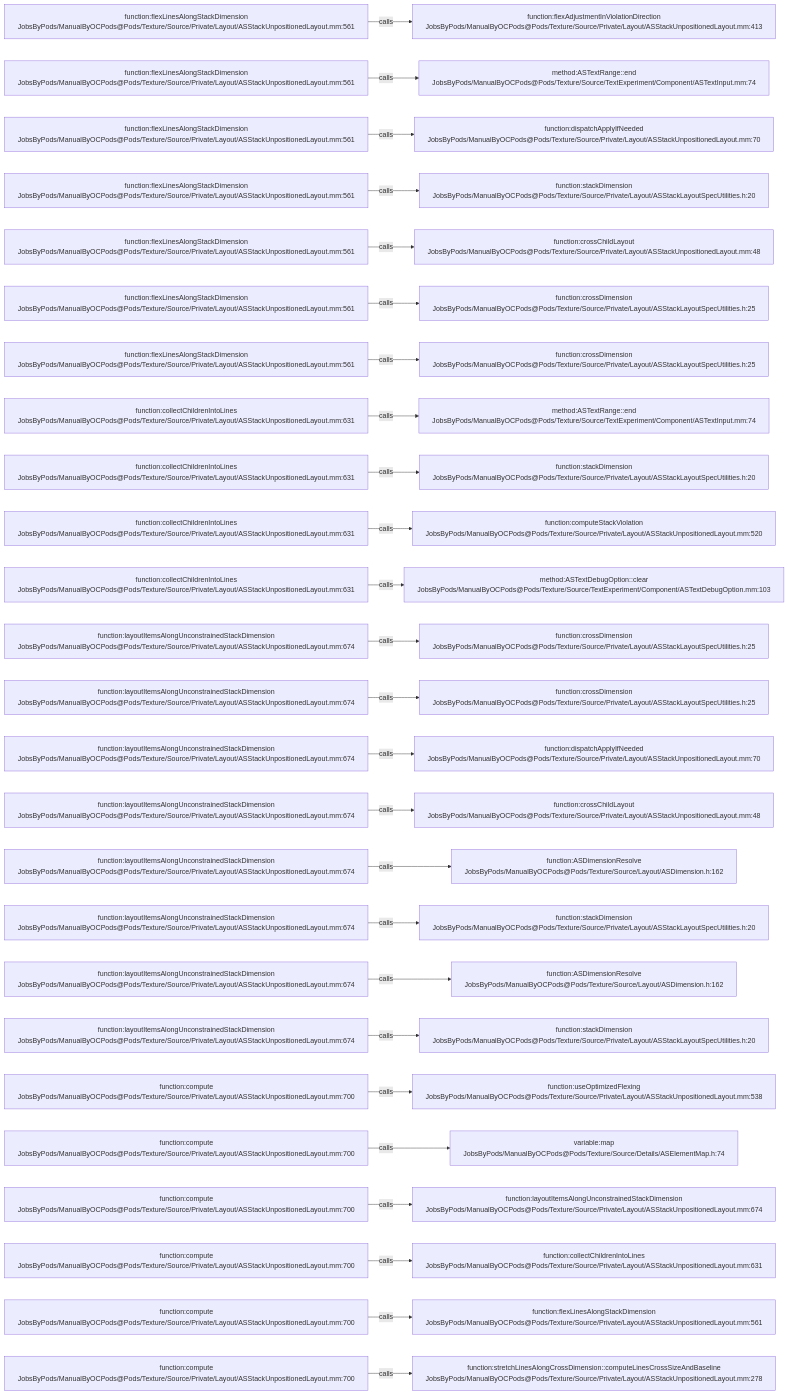
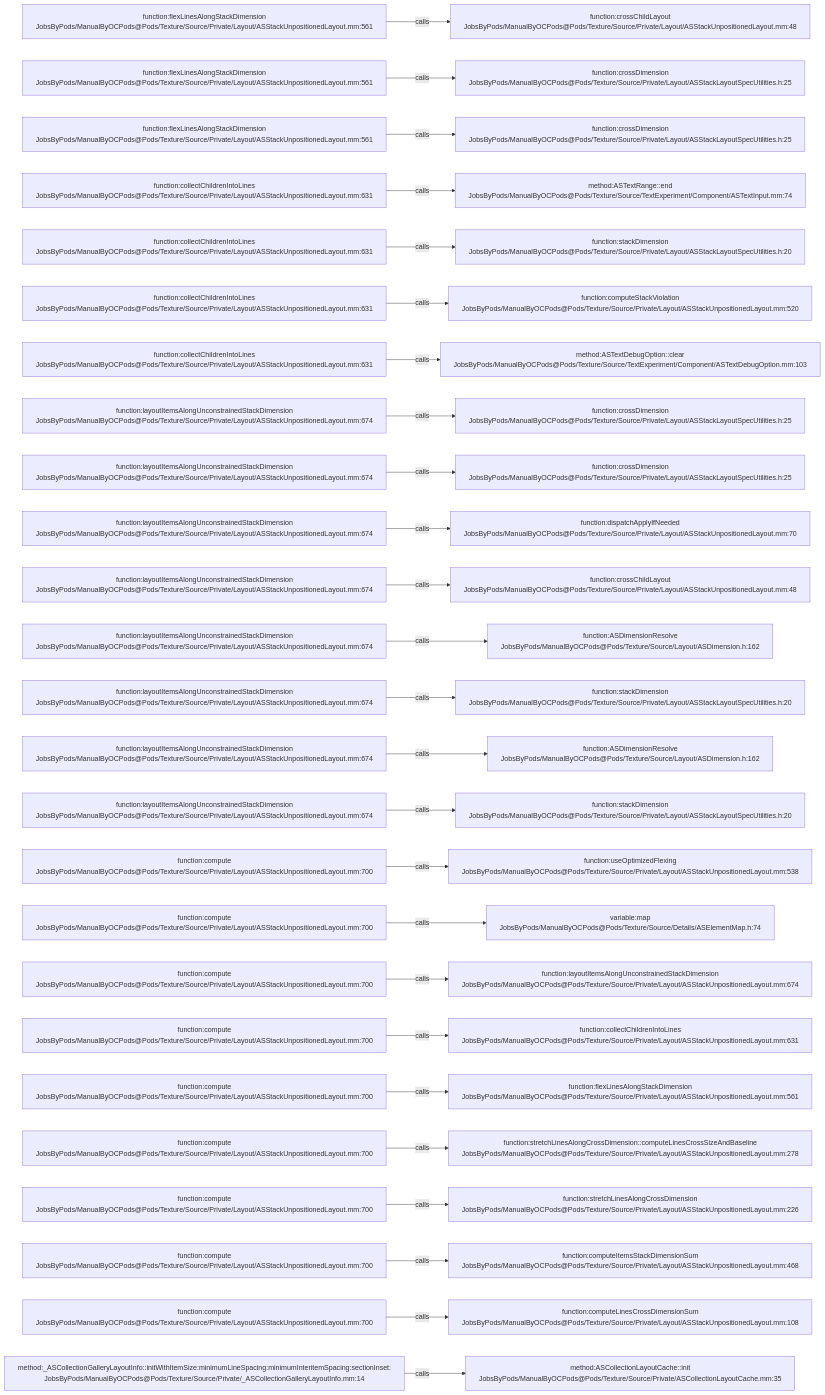
One commit to JobsKits/JobsOCBaseConfigDemo changed the diagram in .codegraph/codegraph.md/graphs/calls-194.md. Above: the diagram before and after it, drawn with Mermaid. The commit also changed 727 other files, not shown here.

````diff
--- a/.codegraph/codegraph.md/graphs/calls-194.md
+++ b/.codegraph/codegraph.md/graphs/calls-194.md
@@ -13,78 +13,78 @@
 ```mermaid
 flowchart LR
   S1["function:flexLinesAlongStackDimension<br/>JobsByPods/ManualByOCPods@Pods/Texture/Source/Private/Layout/ASStackUnpositionedLayout.mm:561"]
-  T1["function:flexAdjustmentInViolationDirection<br/>JobsByPods/ManualByOCPods@Pods/Texture/Source/Private/Layout/ASStackUnpositionedLayout.mm:413"]
+  T1["function:crossChildLayout<br/>JobsByPods/ManualByOCPods@Pods/Texture/Source/Private/Layout/ASStackUnpositionedLayout.mm:48"]
   S1 -->|calls| T1
   S2["function:flexLinesAlongStackDimension<br/>JobsByPods/ManualByOCPods@Pods/Texture/Source/Private/Layout/ASStackUnpositionedLayout.mm:561"]
-  T2["method:ASTextRange::end<br/>JobsByPods/ManualByOCPods@Pods/Texture/Source/TextExperiment/Component/ASTextInput.mm:74"]
+  T2["function:crossDimension<br/>JobsByPods/ManualByOCPods@Pods/Texture/Source/Private/Layout/ASStackLayoutSpecUtilities.h:25"]
   S2 -->|calls| T2
   S3["function:flexLinesAlongStackDimension<br/>JobsByPods/ManualByOCPods@Pods/Texture/Source/Private/Layout/ASStackUnpositionedLayout.mm:561"]
-  T3["function:dispatchApplyIfNeeded<br/>JobsByPods/ManualByOCPods@Pods/Texture/Source/Private/Layout/ASStackUnpositionedLayout.mm:70"]
+  T3["function:crossDimension<br/>JobsByPods/ManualByOCPods@Pods/Texture/Source/Private/Layout/ASStackLayoutSpecUtilities.h:25"]
   S3 -->|calls| T3
-  S4["function:flexLinesAlongStackDimension<br/>JobsByPods/ManualByOCPods@Pods/Texture/Source/Private/Layout/ASStackUnpositionedLayout.mm:561"]
-  T4["function:stackDimension<br/>JobsByPods/ManualByOCPods@Pods/Texture/Source/Private/Layout/ASStackLayoutSpecUtilities.h:20"]
+  S4["function:collectChildrenIntoLines<br/>JobsByPods/ManualByOCPods@Pods/Texture/Source/Private/Layout/ASStackUnpositionedLayout.mm:631"]
+  T4["method:ASTextRange::end<br/>JobsByPods/ManualByOCPods@Pods/Texture/Source/TextExperiment/Component/ASTextInput.mm:74"]
   S4 -->|calls| T4
-  S5["function:flexLinesAlongStackDimension<br/>JobsByPods/ManualByOCPods@Pods/Texture/Source/Private/Layout/ASStackUnpositionedLayout.mm:561"]
-  T5["function:crossChildLayout<br/>JobsByPods/ManualByOCPods@Pods/Texture/Source/Private/Layout/ASStackUnpositionedLayout.mm:48"]
+  S5["function:collectChildrenIntoLines<br/>JobsByPods/ManualByOCPods@Pods/Texture/Source/Private/Layout/ASStackUnpositionedLayout.mm:631"]
+  T5["function:stackDimension<br/>JobsByPods/ManualByOCPods@Pods/Texture/Source/Private/Layout/ASStackLayoutSpecUtilities.h:20"]
   S5 -->|calls| T5
-  S6["function:flexLinesAlongStackDimension<br/>JobsByPods/ManualByOCPods@Pods/Texture/Source/Private/Layout/ASStackUnpositionedLayout.mm:561"]
-  T6["function:crossDimension<br/>JobsByPods/ManualByOCPods@Pods/Texture/Source/Private/Layout/ASStackLayoutSpecUtilities.h:25"]
+  S6["function:collectChildrenIntoLines<br/>JobsByPods/ManualByOCPods@Pods/Texture/Source/Private/Layout/ASStackUnpositionedLayout.mm:631"]
+  T6["function:computeStackViolation<br/>JobsByPods/ManualByOCPods@Pods/Texture/Source/Private/Layout/ASStackUnpositionedLayout.mm:520"]
   S6 -->|calls| T6
-  S7["function:flexLinesAlongStackDimension<br/>JobsByPods/ManualByOCPods@Pods/Texture/Source/Private/Layout/ASStackUnpositionedLayout.mm:561"]
-  T7["function:crossDimension<br/>JobsByPods/ManualByOCPods@Pods/Texture/Source/Private/Layout/ASStackLayoutSpecUtilities.h:25"]
+  S7["function:collectChildrenIntoLines<br/>JobsByPods/ManualByOCPods@Pods/Texture/Source/Private/Layout/ASStackUnpositionedLayout.mm:631"]
+  T7["method:ASTextDebugOption::clear<br/>JobsByPods/ManualByOCPods@Pods/Texture/Source/TextExperiment/Component/ASTextDebugOption.mm:103"]
   S7 -->|calls| T7
-  S8["function:collectChildrenIntoLines<br/>JobsByPods/ManualByOCPods@Pods/Texture/Source/Private/Layout/ASStackUnpositionedLayout.mm:631"]
-  T8["method:ASTextRange::end<br/>JobsByPods/ManualByOCPods@Pods/Texture/Source/TextExperiment/Component/ASTextInput.mm:74"]
+  S8["function:layoutItemsAlongUnconstrainedStackDimension<br/>JobsByPods/ManualByOCPods@Pods/Texture/Source/Private/Layout/ASStackUnpositionedLayout.mm:674"]
+  T8["function:crossDimension<br/>JobsByPods/ManualByOCPods@Pods/Texture/Source/Private/Layout/ASStackLayoutSpecUtilities.h:25"]
   S8 -->|calls| T8
-  S9["function:collectChildrenIntoLines<br/>JobsByPods/ManualByOCPods@Pods/Texture/Source/Private/Layout/ASStackUnpositionedLayout.mm:631"]
-  T9["function:stackDimension<br/>JobsByPods/ManualByOCPods@Pods/Texture/Source/Private/Layout/ASStackLayoutSpecUtilities.h:20"]
+  S9["function:layoutItemsAlongUnconstrainedStackDimension<br/>JobsByPods/ManualByOCPods@Pods/Texture/Source/Private/Layout/ASStackUnpositionedLayout.mm:674"]
+  T9["function:crossDimension<br/>JobsByPods/ManualByOCPods@Pods/Texture/Source/Private/Layout/ASStackLayoutSpecUtilities.h:25"]
   S9 -->|calls| T9
-  S10["function:collectChildrenIntoLines<br/>JobsByPods/ManualByOCPods@Pods/Texture/Source/Private/Layout/ASStackUnpositionedLayout.mm:631"]
-  T10["function:computeStackViolation<br/>JobsByPods/ManualByOCPods@Pods/Texture/Source/Private/Layout/ASStackUnpositionedLayout.mm:520"]
+  S10["function:layoutItemsAlongUnconstrainedStackDimension<br/>JobsByPods/ManualByOCPods@Pods/Texture/Source/Private/Layout/ASStackUnpositionedLayout.mm:674"]
+  T10["function:dispatchApplyIfNeeded<br/>JobsByPods/ManualByOCPods@Pods/Texture/Source/Private/Layout/ASStackUnpositionedLayout.mm:70"]
   S10 -->|calls| T10
-  S11["function:collectChildrenIntoLines<br/>JobsByPods/ManualByOCPods@Pods/Texture/Source/Private/Layout/ASStackUnpositionedLayout.mm:631"]
-  T11["method:ASTextDebugOption::clear<br/>JobsByPods/ManualByOCPods@Pods/Texture/Source/TextExperiment/Component/ASTextDebugOption.mm:103"]
+  S11["function:layoutItemsAlongUnconstrainedStackDimension<br/>JobsByPods/ManualByOCPods@Pods/Texture/Source/Private/Layout/ASStackUnpositionedLayout.mm:674"]
+  T11["function:crossChildLayout<br/>JobsByPods/ManualByOCPods@Pods/Texture/Source/Private/Layout/ASStackUnpositionedLayout.mm:48"]
   S11 -->|calls| T11
   S12["function:layoutItemsAlongUnconstrainedStackDimension<br/>JobsByPods/ManualByOCPods@Pods/Texture/Source/Private/Layout/ASStackUnpositionedLayout.mm:674"]
-  T12["function:crossDimension<br/>JobsByPods/ManualByOCPods@Pods/Texture/Source/Private/Layout/ASStackLayoutSpecUtilities.h:25"]
+  T12["function:ASDimensionResolve<br/>JobsByPods/ManualByOCPods@Pods/Texture/Source/Layout/ASDimension.h:162"]
   S12 -->|calls| T12
   S13["function:layoutItemsAlongUnconstrainedStackDimension<br/>JobsByPods/ManualByOCPods@Pods/Texture/Source/Private/Layout/ASStackUnpositionedLayout.mm:674"]
-  T13["function:crossDimension<br/>JobsByPods/ManualByOCPods@Pods/Texture/Source/Private/Layout/ASStackLayoutSpecUtilities.h:25"]
+  T13["function:stackDimension<br/>JobsByPods/ManualByOCPods@Pods/Texture/Source/Private/Layout/ASStackLayoutSpecUtilities.h:20"]
   S13 -->|calls| T13
   S14["function:layoutItemsAlongUnconstrainedStackDimension<br/>JobsByPods/ManualByOCPods@Pods/Texture/Source/Private/Layout/ASStackUnpositionedLayout.mm:674"]
-  T14["function:dispatchApplyIfNeeded<br/>JobsByPods/ManualByOCPods@Pods/Texture/Source/Private/Layout/ASStackUnpositionedLayout.mm:70"]
+  T14["function:ASDimensionResolve<br/>JobsByPods/ManualByOCPods@Pods/Texture/Source/Layout/ASDimension.h:162"]
   S14 -->|calls| T14
   S15["function:layoutItemsAlongUnconstrainedStackDimension<br/>JobsByPods/ManualByOCPods@Pods/Texture/Source/Private/Layout/ASStackUnpositionedLayout.mm:674"]
-  T15["function:crossChildLayout<br/>JobsByPods/ManualByOCPods@Pods/Texture/Source/Private/Layout/ASStackUnpositionedLayout.mm:48"]
+  T15["function:stackDimension<br/>JobsByPods/ManualByOCPods@Pods/Texture/Source/Private/Layout/ASStackLayoutSpecUtilities.h:20"]
   S15 -->|calls| T15
-  S16["function:layoutItemsAlongUnconstrainedStackDimension<br/>JobsByPods/ManualByOCPods@Pods/Texture/Source/Private/Layout/ASStackUnpositionedLayout.mm:674"]
-  T16["function:ASDimensionResolve<br/>JobsByPods/ManualByOCPods@Pods/Texture/Source/Layout/ASDimension.h:162"]
+  S16["function:compute<br/>JobsByPods/ManualByOCPods@Pods/Texture/Source/Private/Layout/ASStackUnpositionedLayout.mm:700"]
+  T16["function:useOptimizedFlexing<br/>JobsByPods/ManualByOCPods@Pods/Texture/Source/Private/Layout/ASStackUnpositionedLayout.mm:538"]
   S16 -->|calls| T16
-  S17["function:layoutItemsAlongUnconstrainedStackDimension<br/>JobsByPods/ManualByOCPods@Pods/Texture/Source/Private/Layout/ASStackUnpositionedLayout.mm:674"]
-  T17["function:stackDimension<br/>JobsByPods/ManualByOCPods@Pods/Texture/Source/Private/Layout/ASStackLayoutSpecUtilities.h:20"]
+  S17["function:compute<br/>JobsByPods/ManualByOCPods@Pods/Texture/Source/Private/Layout/ASStackUnpositionedLayout.mm:700"]
+  T17["variable:map<br/>JobsByPods/ManualByOCPods@Pods/Texture/Source/Details/ASElementMap.h:74"]
   S17 -->|calls| T17
-  S18["function:layoutItemsAlongUnconstrainedStackDimension<br/>JobsByPods/ManualByOCPods@Pods/Texture/Source/Private/Layout/ASStackUnpositionedLayout.mm:674"]
-  T18["function:ASDimensionResolve<br/>JobsByPods/ManualByOCPods@Pods/Texture/Source/Layout/ASDimension.h:162"]
+  S18["function:compute<br/>JobsByPods/ManualByOCPods@Pods/Texture/Source/Private/Layout/ASStackUnpositionedLayout.mm:700"]
+  T18["function:layoutItemsAlongUnconstrainedStackDimension<br/>JobsByPods/ManualByOCPods@Pods/Texture/Source/Private/Layout/ASStackUnpositionedLayout.mm:674"]
   S18 -->|calls| T18
-  S19["function:layoutItemsAlongUnconstrainedStackDimension<br/>JobsByPods/ManualByOCPods@Pods/Texture/Source/Private/Layout/ASStackUnpositionedLayout.mm:674"]
-  T19["function:stackDimension<br/>JobsByPods/ManualByOCPods@Pods/Texture/Source/Private/Layout/ASStackLayoutSpecUtilities.h:20"]
+  S19["function:compute<br/>JobsByPods/ManualByOCPods@Pods/Texture/Source/Private/Layout/ASStackUnpositionedLayout.mm:700"]
+  T19["function:collectChildrenIntoLines<br/>JobsByPods/ManualByOCPods@Pods/Texture/Source/Private/Layout/ASStackUnpositionedLayout.mm:631"]
   S19 -->|calls| T19
   S20["function:compute<br/>JobsByPods/ManualByOCPods@Pods/Texture/Source/Private/Layout/ASStackUnpositionedLayout.mm:700"]
-  T20["function:useOptimizedFlexing<br/>JobsByPods/ManualByOCPods@Pods/Texture/Source/Private/Layout/ASStackUnpositionedLayout.mm:538"]
+  T20["function:flexLinesAlongStackDimension<br/>JobsByPods/ManualByOCPods@Pods/Texture/Source/Private/Layout/ASStackUnpositionedLayout.mm:561"]
   S20 -->|calls| T20
   S21["function:compute<br/>JobsByPods/ManualByOCPods@Pods/Texture/Source/Private/Layout/ASStackUnpositionedLayout.mm:700"]
-  T21["variable:map<br/>JobsByPods/ManualByOCPods@Pods/Texture/Source/Details/ASElementMap.h:74"]
+  T21["function:stretchLinesAlongCrossDimension::computeLinesCrossSizeAndBaseline<br/>JobsByPods/ManualByOCPods@Pods/Texture/Source/Private/Layout/ASStackUnpositionedLayout.mm:278"]
   S21 -->|calls| T21
   S22["function:compute<br/>JobsByPods/ManualByOCPods@Pods/Texture/Source/Private/Layout/ASStackUnpositionedLayout.mm:700"]
-  T22["function:layoutItemsAlongUnconstrainedStackDimension<br/>JobsByPods/ManualByOCPods@Pods/Texture/Source/Private/Layout/ASStackUnpositionedLayout.mm:674"]
+  T22["function:stretchLinesAlongCrossDimension<br/>JobsByPods/ManualByOCPods@Pods/Texture/Source/Private/Layout/ASStackUnpositionedLayout.mm:226"]
   S22 -->|calls| T22
   S23["function:compute<br/>JobsByPods/ManualByOCPods@Pods/Texture/Source/Private/Layout/ASStackUnpositionedLayout.mm:700"]
-  T23["function:collectChildrenIntoLines<br/>JobsByPods/ManualByOCPods@Pods/Texture/Source/Private/Layout/ASStackUnpositionedLayout.mm:631"]
+  T23["function:computeItemsStackDimensionSum<br/>JobsByPods/ManualByOCPods@Pods/Texture/Source/Private/Layout/ASStackUnpositionedLayout.mm:468"]
   S23 -->|calls| T23
   S24["function:compute<br/>JobsByPods/ManualByOCPods@Pods/Texture/Source/Private/Layout/ASStackUnpositionedLayout.mm:700"]
-  T24["function:flexLinesAlongStackDimension<br/>JobsByPods/ManualByOCPods@Pods/Texture/Source/Private/Layout/ASStackUnpositionedLayout.mm:561"]
+  T24["function:computeLinesCrossDimensionSum<br/>JobsByPods/ManualByOCPods@Pods/Texture/Source/Private/Layout/ASStackUnpositionedLayout.mm:108"]
   S24 -->|calls| T24
-  S25["function:compute<br/>JobsByPods/ManualByOCPods@Pods/Texture/Source/Private/Layout/ASStackUnpositionedLayout.mm:700"]
-  T25["function:stretchLinesAlongCrossDimension::computeLinesCrossSizeAndBaseline<br/>JobsByPods/ManualByOCPods@Pods/Texture/Source/Private/Layout/ASStackUnpositionedLayout.mm:278"]
+  S25["method:_ASCollectionGalleryLayoutInfo::initWithItemSize:minimumLineSpacing:minimumInteritemSpacing:sectionInset:<br/>JobsByPods/ManualByOCPods@Pods/Texture/Source/Private/_ASCollectionGalleryLayoutInfo.mm:14"]
+  T25["method:ASCollectionLayoutCache::init<br/>JobsByPods/ManualByOCPods@Pods/Texture/Source/Private/ASCollectionLayoutCache.mm:35"]
   S25 -->|calls| T25
 ```
````
